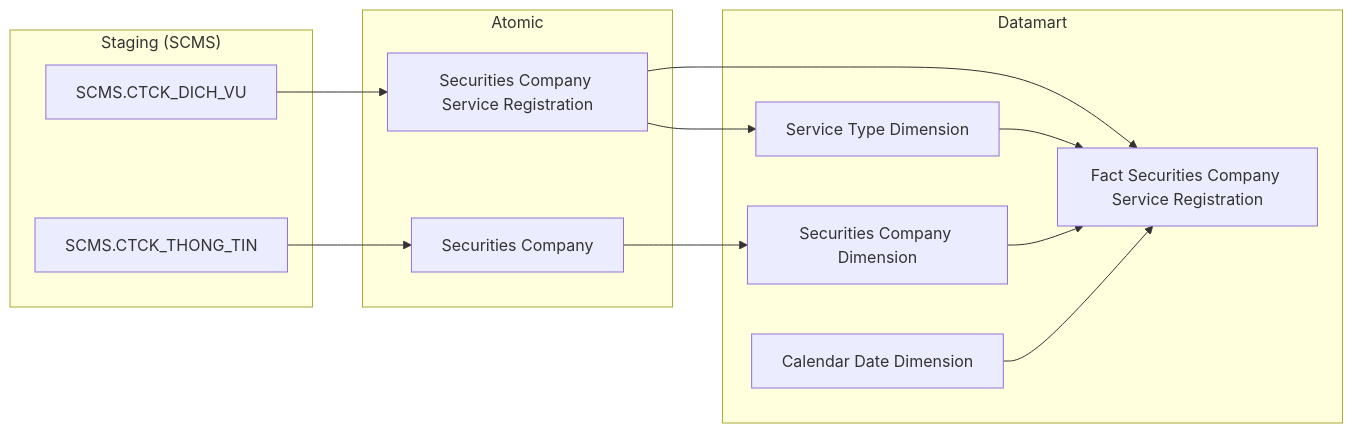
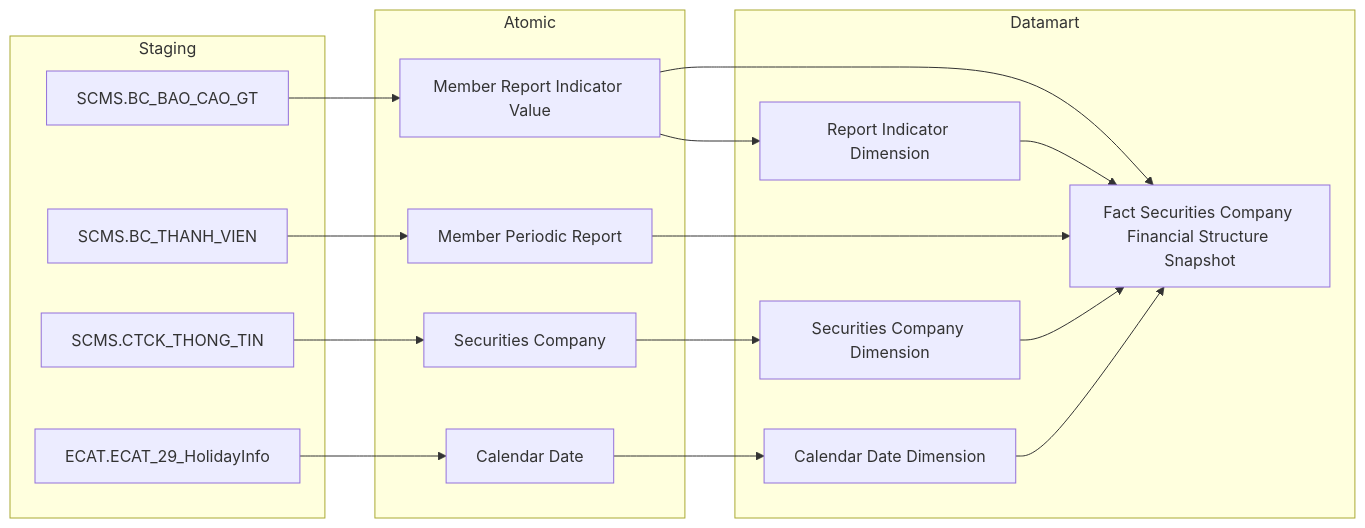
Before and after one commit to linhlvit/ubck_atomic_design: the fourth of 40 diagrams in Datamart/hld/DTM_QLKD_HLD.md, drawn with Mermaid. The commit also changed other lines of this file and 7 other files, not shown here.

````diff
--- a/Datamart/hld/DTM_QLKD_HLD.md
+++ b/Datamart/hld/DTM_QLKD_HLD.md
@@ -127,30 +137,38 @@
 ```mermaid
 flowchart LR
-    subgraph SRC["Staging (SCMS)"]
-        S1["SCMS.CTCK_DICH_VU"]
-        S2["SCMS.CTCK_THONG_TIN"]
+    subgraph SRC["Staging"]
+        S1["SCMS.BC_BAO_CAO_GT"]
+        S2["SCMS.BC_THANH_VIEN"]
+        S3["SCMS.CTCK_THONG_TIN"]
+        ECAT_ECAT_29_HolidayInfo["ECAT.ECAT_29_HolidayInfo"]
     end
 
     subgraph SIL["Atomic"]
-        SV1["Securities Company Service Registration"]
-        SV2["Securities Company"]
+        SV1["Member Report Indicator Value"]
+        SV2["Member Periodic Report"]
+        SV3["Securities Company"]
+        Calendar_Date["Calendar Date"]
     end
 
     subgraph Datamart["Datamart"]
-        G1["Fact Securities Company Service Registration"]
-        G2["Service Type Dimension"]
-        G3["Securities Company Dimension"]
+        G1["Fact Securities Company Financial Structure Snapshot"]
+        G2["Securities Company Dimension"]
+        G3["Report Indicator Dimension"]
         G4["Calendar Date Dimension"]
     end
 
     S1 --> SV1
     S2 --> SV2
+    S3 --> SV3
+    ECAT_ECAT_29_HolidayInfo --> Calendar_Date
 
     SV1 --> G1
-    SV1 --> G2
-    SV2 --> G3
+    SV2 --> G1
+    SV1 --> G3
+    SV3 --> G2
+    Calendar_Date --> G4
 
     G2 --> G1
     G3 --> G1
     G4 --> G1
 ```
````
